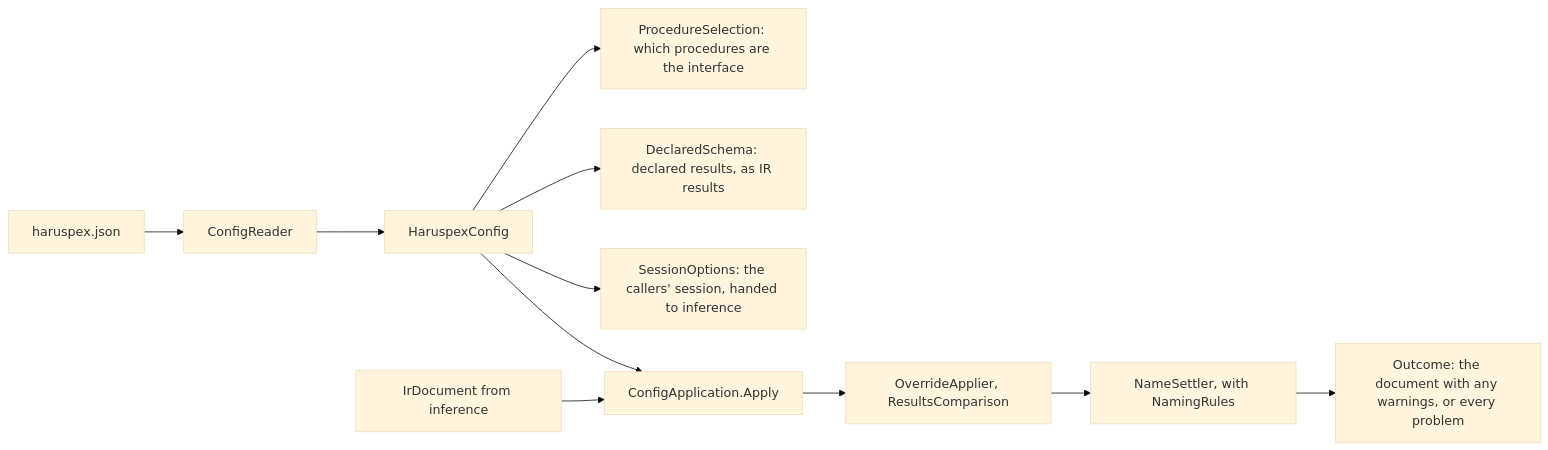
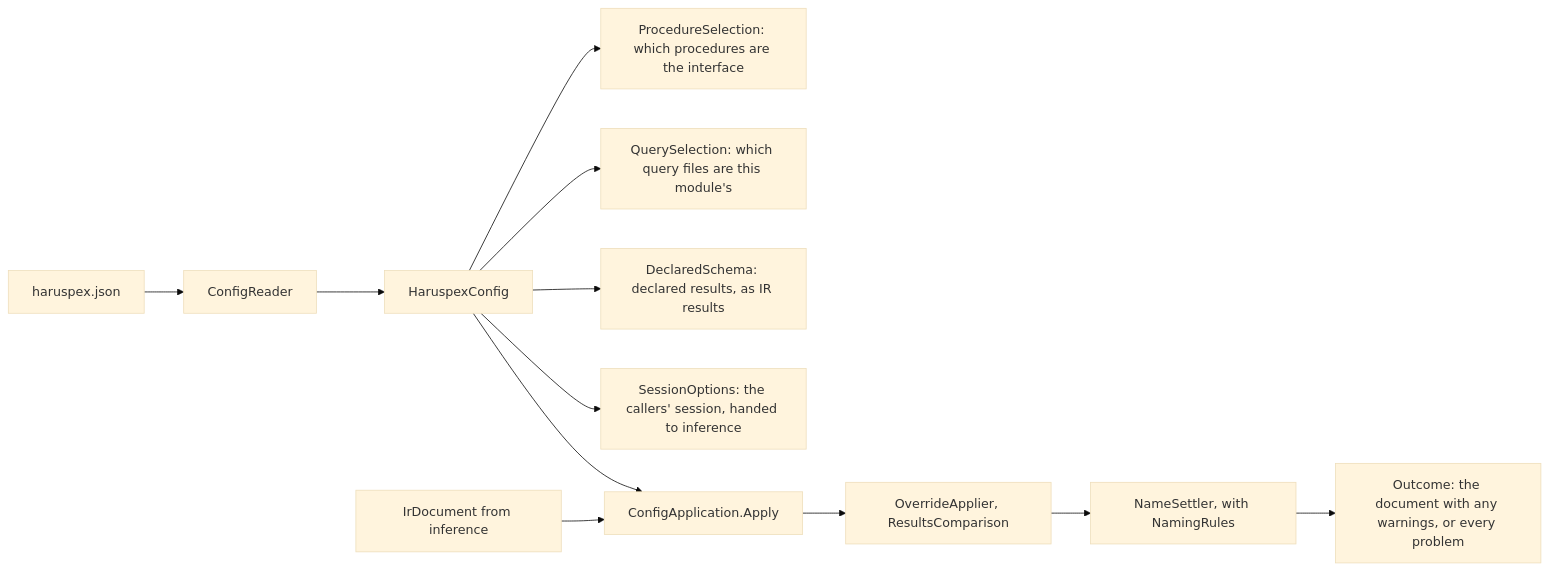
The diagram in src/Haruspex.Config/README.md (haruspex-tools/haruspex), drawn with Mermaid (base theme) before and after one commit. The commit also changed other lines of this file and 763 other files, not shown here.

````diff
--- a/src/Haruspex.Config/README.md
+++ b/src/Haruspex.Config/README.md
@@ -12,13 +12,14 @@
 ```mermaid
 flowchart LR
     file["haruspex.json"] --> reader["ConfigReader"]
     reader --> config["HaruspexConfig"]
     config --> selection["ProcedureSelection: which procedures are the interface"]
+    config --> queries["QuerySelection: which query files are this module's"]
     config --> declared["DeclaredSchema: declared results, as IR results"]
     config --> session["SessionOptions: the callers' session, handed to inference"]
     inferred["IrDocument from inference"] --> apply["ConfigApplication.Apply"]
     config --> apply
     apply --> overrides["OverrideApplier, ResultsComparison"]
     overrides --> names["NameSettler, with NamingRules"]
     names --> applied["Outcome: the document with any warnings, or every problem"]
 ```
````
